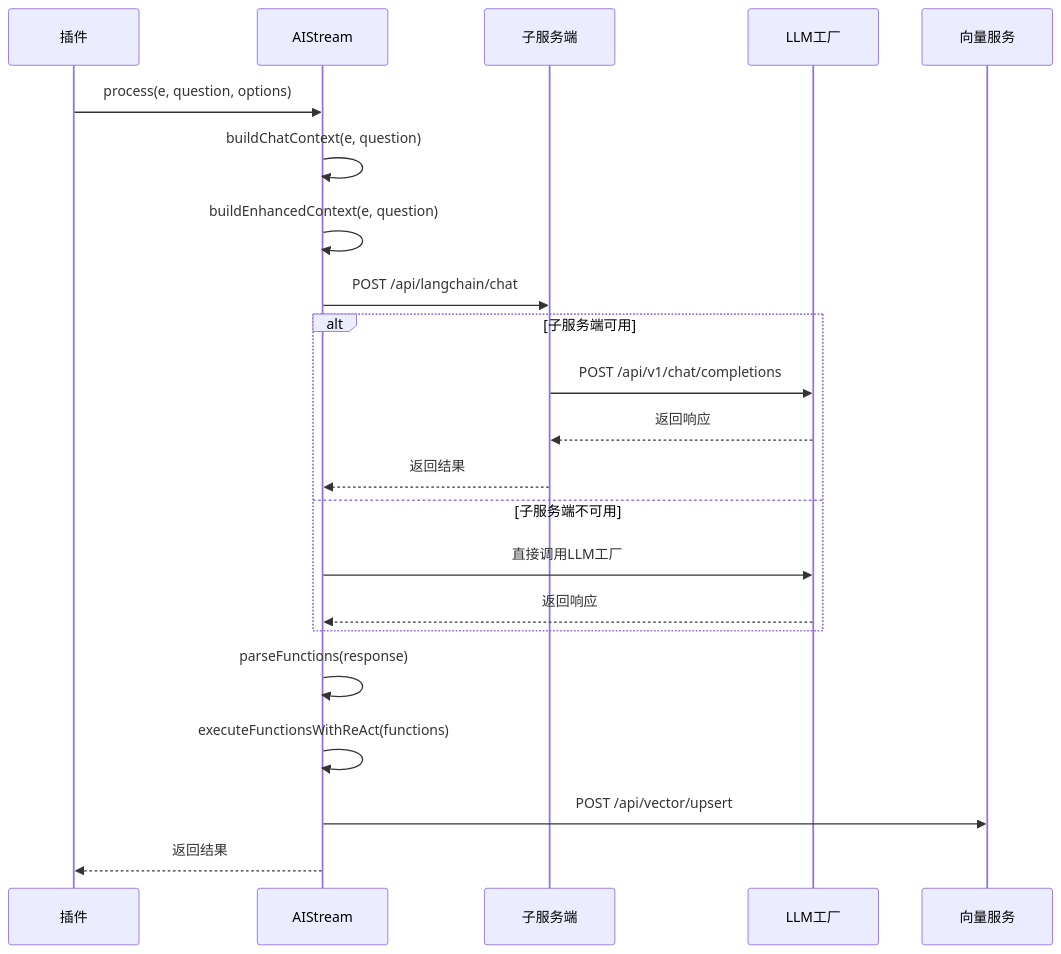
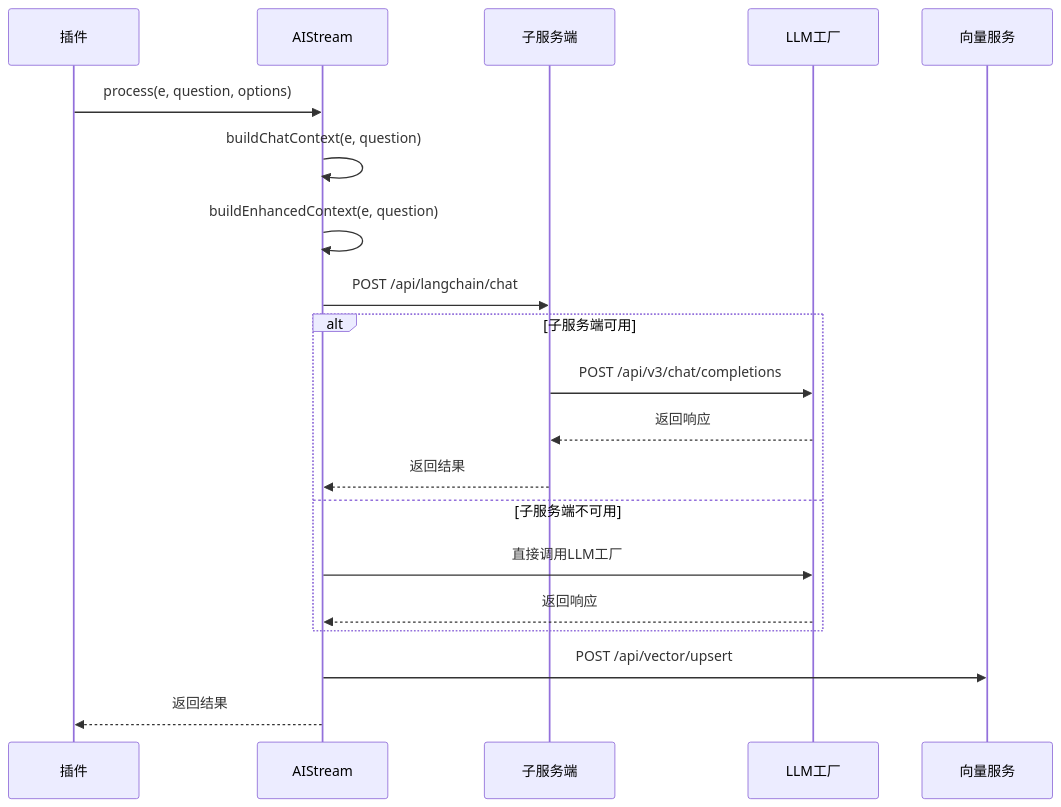
Before and after one commit to sunflowermm/XRK-AGT: the second of 2 diagrams in docs/aistream.md, drawn with Mermaid. The commit also changed other lines of this file and 47 other files, not shown here.

````diff
--- a/docs/aistream.md
+++ b/docs/aistream.md
@@ -189,25 +184,23 @@
 ```mermaid
 sequenceDiagram
     participant Plugin as 插件
     participant Stream as AIStream
     participant Subserver as 子服务端
     participant LLM as LLM工厂
     participant Vector as 向量服务
     
     Plugin->>Stream: process(e, question, options)
     Stream->>Stream: buildChatContext(e, question)
     Stream->>Stream: buildEnhancedContext(e, question)
     Stream->>Subserver: POST /api/langchain/chat
     alt 子服务端可用
-        Subserver->>LLM: POST /api/v1/chat/completions
+        Subserver->>LLM: POST /api/v3/chat/completions
         LLM-->>Subserver: 返回响应
         Subserver-->>Stream: 返回结果
     else 子服务端不可用
         Stream->>LLM: 直接调用LLM工厂
         LLM-->>Stream: 返回响应
     end
-    Stream->>Stream: parseFunctions(response)
-    Stream->>Stream: executeFunctionsWithReAct(functions)
     Stream->>Vector: POST /api/vector/upsert
     Stream-->>Plugin: 返回结果
 ```
````
